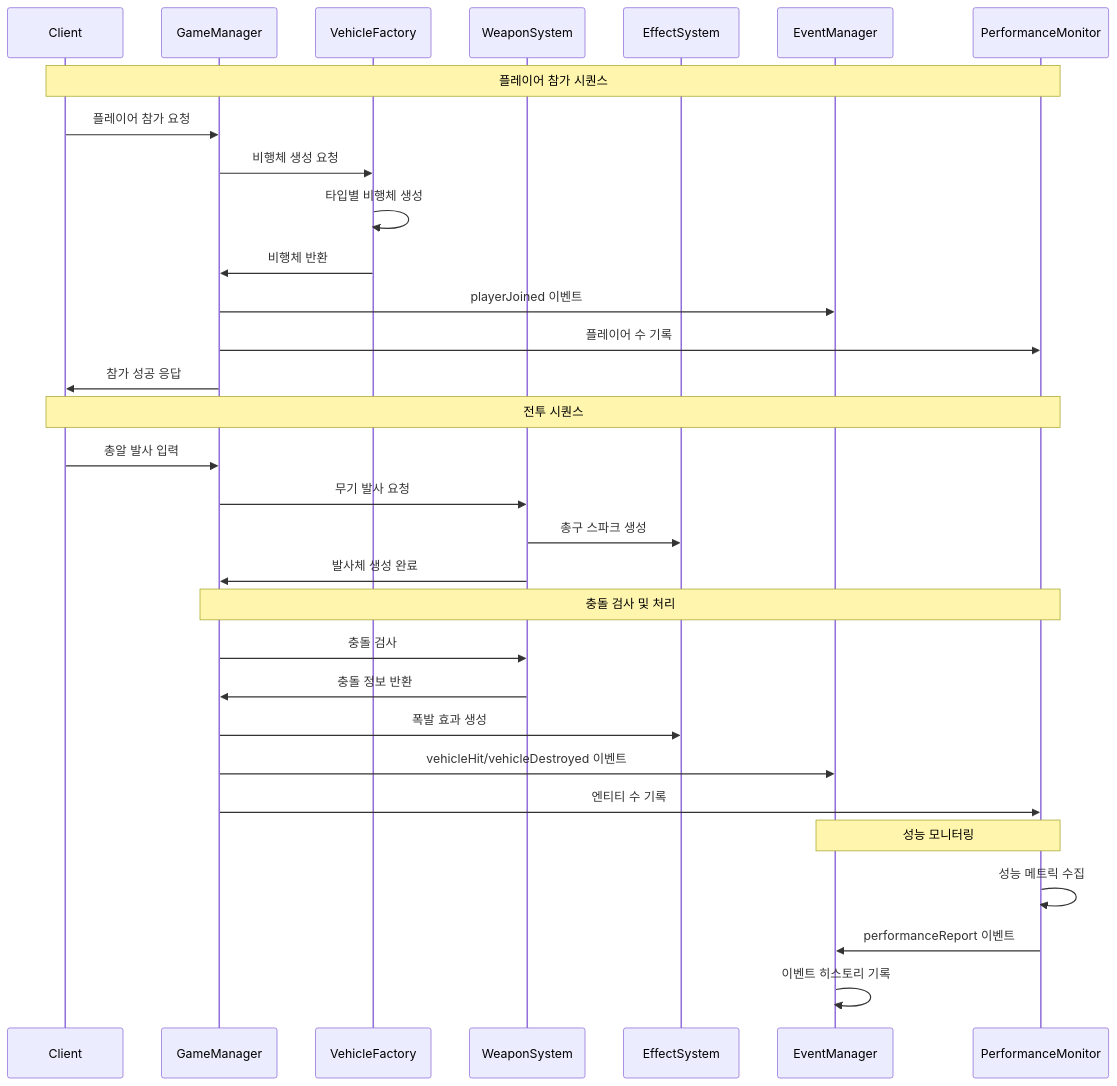
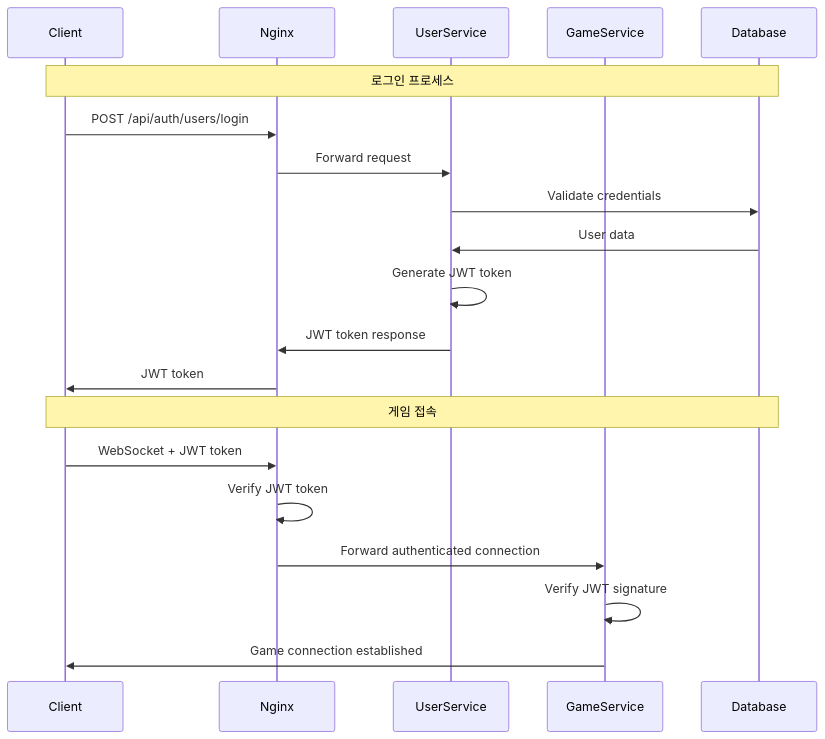
Before and after one commit to tanminkwan/test2: the second of 2 diagrams in README.md, drawn with Mermaid. The commit also changed other lines of this file and 43 other files, not shown here.

Commit message:
Update documentation to v3.0 - Complete microservices architecture with JWT authentication, PostgreSQL integration, and comprehensive API documentation

````diff
--- a/README.md
+++ b/README.md
@@ -259,37 +53,24 @@
 ```mermaid
 sequenceDiagram
     participant Client
-    participant GameManager
-    participant VehicleFactory
-    participant WeaponSystem
-    participant EffectSystem
-    participant EventManager
-    participant PerformanceMonitor
+    participant Nginx
+    participant UserService
+    participant GameService
+    participant Database
     
-    Note over Client, PerformanceMonitor: 플레이어 참가 시퀀스
-    Client->>GameManager: 플레이어 참가 요청
-    GameManager->>VehicleFactory: 비행체 생성 요청
-    VehicleFactory->>VehicleFactory: 타입별 비행체 생성
-    VehicleFactory->>GameManager: 비행체 반환
-    GameManager->>EventManager: playerJoined 이벤트
-    GameManager->>PerformanceMonitor: 플레이어 수 기록
-    GameManager->>Client: 참가 성공 응답
+    Note over Client, Database: 로그인 프로세스
+    Client->>Nginx: POST /api/auth/users/login
+    Nginx->>UserService: Forward request
+    UserService->>Database: Validate credentials
+    Database->>UserService: User data
+    UserService->>UserService: Generate JWT token
+    UserService->>Nginx: JWT token response
+    Nginx->>Client: JWT token
     
-    Note over Client, PerformanceMonitor: 전투 시퀀스
-    Client->>GameManager: 총알 발사 입력
-    GameManager->>WeaponSystem: 무기 발사 요청
-    WeaponSystem->>EffectSystem: 총구 스파크 생성
-    WeaponSystem->>GameManager: 발사체 생성 완료
-    
-    Note over GameManager, PerformanceMonitor: 충돌 검사 및 처리
-    GameManager->>WeaponSystem: 충돌 검사
-    WeaponSystem->>GameManager: 충돌 정보 반환
-    GameManager->>EffectSystem: 폭발 효과 생성
-    GameManager->>EventManager: vehicleHit/vehicleDestroyed 이벤트
-    GameManager->>PerformanceMonitor: 엔티티 수 기록
-    
-    Note over PerformanceMonitor, EventManager: 성능 모니터링
-    PerformanceMonitor->>PerformanceMonitor: 성능 메트릭 수집
-    PerformanceMonitor->>EventManager: performanceReport 이벤트
-    EventManager->>EventManager: 이벤트 히스토리 기록
+    Note over Client, Database: 게임 접속
+    Client->>Nginx: WebSocket + JWT token
+    Nginx->>Nginx: Verify JWT token
+    Nginx->>GameService: Forward authenticated connection
+    GameService->>GameService: Verify JWT signature
+    GameService->>Client: Game connection established
 ```
````
